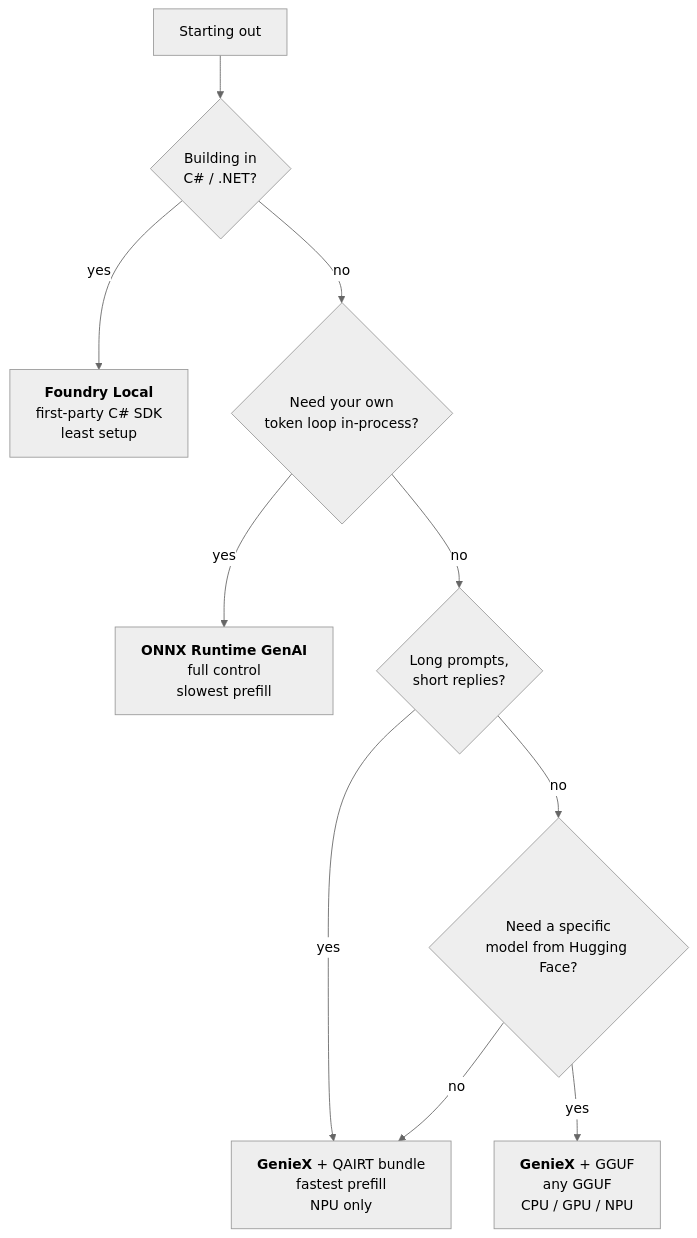
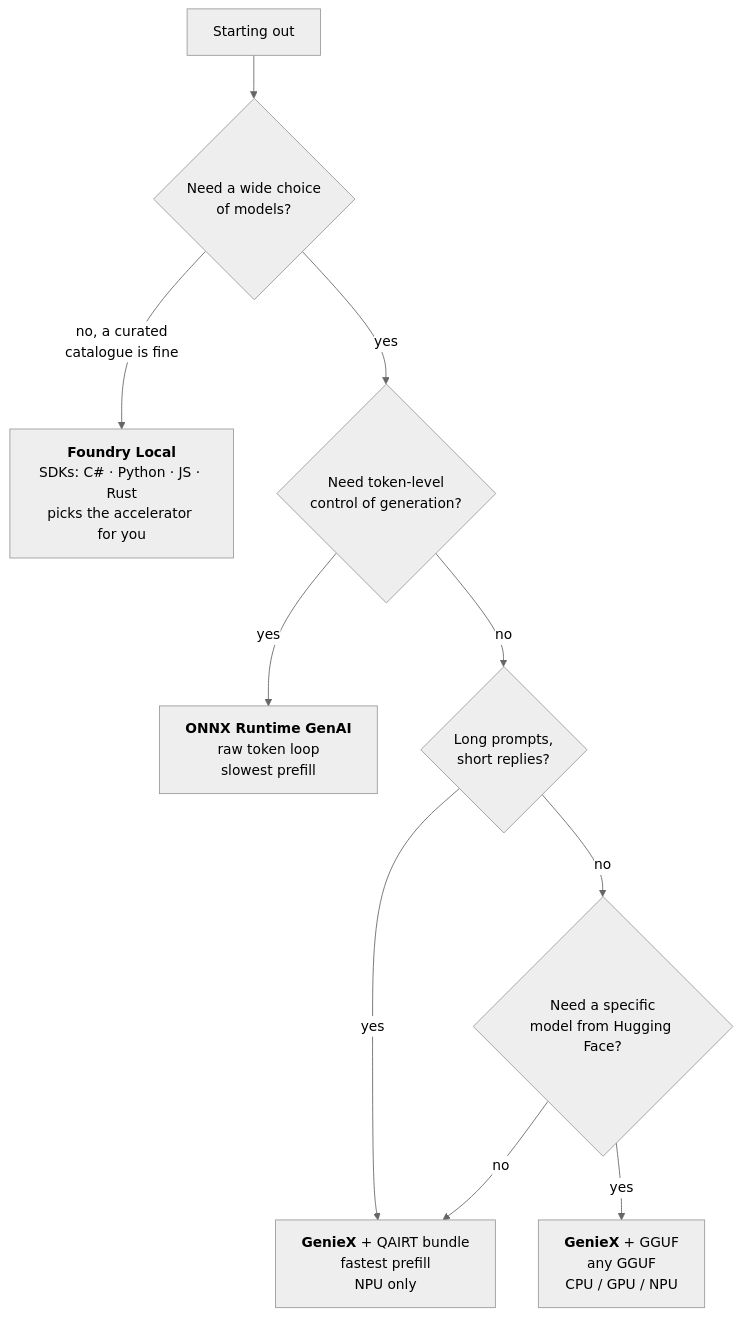
The second of 3 diagrams in README.md (Tripperist/Atlas), drawn with Mermaid (neutral theme) before and after one commit. The commit also changed other lines of this file, not shown here.

First line of the commit message:
docs: correct how Foundry Local is presented

````diff
--- a/README.md
+++ b/README.md
@@ -249,12 +264,12 @@
 ```mermaid
 flowchart TD
-    S["Starting out"] --> Q1{"Building in<br/>C# / .NET?"}
-    Q1 -->|yes| FL["<b>Foundry Local</b><br/>first-party C# SDK<br/>least setup"]
-    Q1 -->|no| Q2{"Need your own<br/>token loop in-process?"}
-    Q2 -->|yes| ORT["<b>ONNX Runtime GenAI</b><br/>full control<br/>slowest prefill"]
+    S["Starting out"] --> Q1{"Need a wide choice<br/>of models?"}
+    Q1 -->|"no, a curated<br/>catalogue is fine"| FL["<b>Foundry Local</b><br/>SDKs: C# · Python · JS · Rust<br/>picks the accelerator for you"]
+    Q1 -->|yes| Q2{"Need token-level<br/>control of generation?"}
+    Q2 -->|yes| ORT["<b>ONNX Runtime GenAI</b><br/>raw token loop<br/>slowest prefill"]
     Q2 -->|no| Q3{"Long prompts,<br/>short replies?"}
     Q3 -->|yes| QA["<b>GenieX</b> + QAIRT bundle<br/>fastest prefill<br/>NPU only"]
     Q3 -->|no| Q4{"Need a specific<br/>model from Hugging Face?"}
     Q4 -->|yes| LC["<b>GenieX</b> + GGUF<br/>any GGUF<br/>CPU / GPU / NPU"]
     Q4 -->|no| QA
 ```
````
